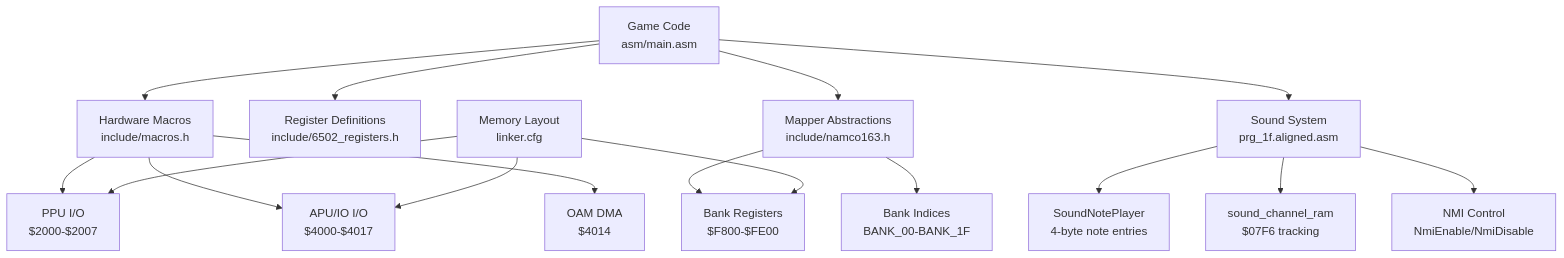
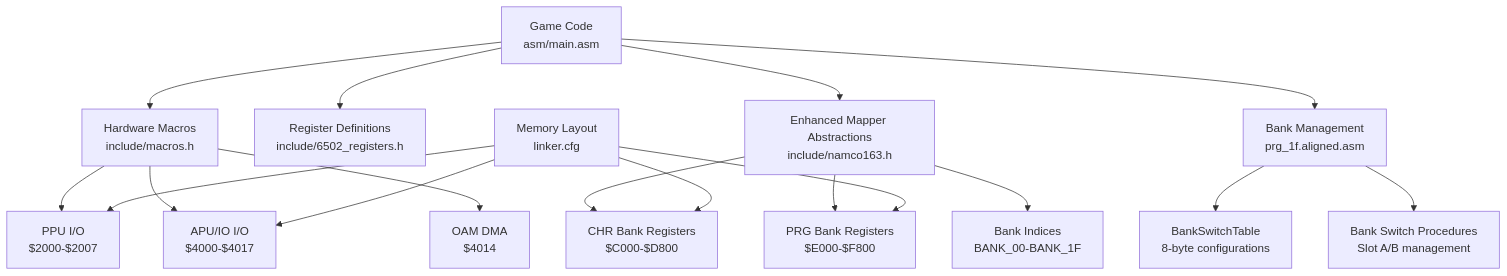
One commit to rabbyzero/sango2dasm changed the second of 5 diagrams in .qoder/repowiki/en/content/Hardware Abstraction Layer/Hardware Abstraction Layer.md. Above: the diagram before and after it, drawn with Mermaid. The commit also changed other lines of this file and 23 other files, not shown here.

````diff
--- a/.qoder/repowiki/en/content/Hardware Abstraction Layer/Hardware Abstraction Layer.md
+++ b/.qoder/repowiki/en/content/Hardware Abstraction Layer/Hardware Abstraction Layer.md
@@ -151,18 +154,19 @@
 ```mermaid
 graph TB
 GAME["Game Code<br/>asm/main.asm"] --> MACROS["Hardware Macros<br/>include/macros.h"]
 GAME --> REGDEF["Register Definitions<br/>include/6502_registers.h"]
-GAME --> MAPPER["Mapper Abstractions<br/>include/namco163.h"]
-GAME --> SOUND["Sound System<br/>prg_1f.aligned.asm"]
+GAME --> MAPPER["Enhanced Mapper Abstractions<br/>include/namco163.h"]
+GAME --> BANKMGR["Bank Management<br/>prg_1f.aligned.asm"]
 MACROS --> PPU["PPU I/O<br/>$2000-$2007"]
 MACROS --> APU["APU/IO I/O<br/>$4000-$4017"]
 MACROS --> DMA["OAM DMA<br/>$4014"]
-MAPPER --> BANKREG["Bank Registers<br/>$F800-$FE00"]
+MAPPER --> CHRBANK["CHR Bank Registers<br/>$C000-$D800"]
+MAPPER --> PRGBANK["PRG Bank Registers<br/>$E000-$F800"]
 MAPPER --> BANKIDX["Bank Indices<br/>BANK_00-BANK_1F"]
-SOUND --> NOTEPLAYER["SoundNotePlayer<br/>4-byte note entries"]
-SOUND --> CHANNELRAM["sound_channel_ram<br/>$07F6 tracking"]
-SOUND --> NMICTRL["NMI Control<br/>NmiEnable/NmiDisable"]
+BANKMGR --> BANKTABLE["BankSwitchTable<br/>8-byte configurations"]
+BANKMGR --> SWITCHPROC["Bank Switch Procedures<br/>Slot A/B management"]
 MEM["Memory Layout<br/>linker.cfg"] --> PPU
 MEM --> APU
-MEM --> BANKREG
+MEM --> CHRBANK
+MEM --> PRGBANK
 ```
````
